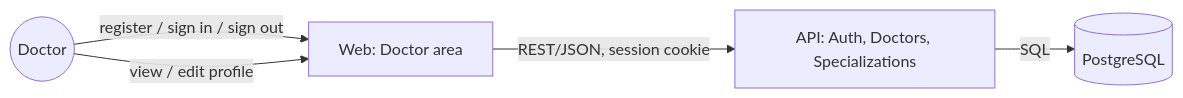
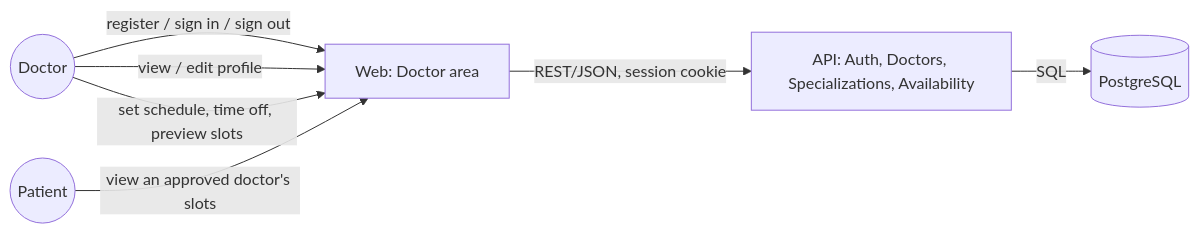
One commit to alhexjustine/telehealth changed the first of 2 diagrams in docs/modules/doctor.md. Above: the diagram before and after it, drawn with Mermaid. The commit also changed other lines of this file and 44 other files, not shown here.

First line of the commit message:
feat: add doctor schedules, time off, and slot calculation (add-doctor-availability)

````diff
--- a/docs/modules/doctor.md
+++ b/docs/modules/doctor.md
@@ -22,7 +38,9 @@
 ```mermaid
 flowchart LR
   D((Doctor)) -->|"register / sign in / sign out"| W[Web: Doctor area]
   D -->|"view / edit profile"| W
-  W -->|"REST/JSON, session cookie"| A["API: Auth, Doctors, Specializations"]
+  D -->|"set schedule, time off, preview slots"| W
+  P((Patient)) -->|"view an approved doctor's slots"| W
+  W -->|"REST/JSON, session cookie"| A["API: Auth, Doctors, Specializations, Availability"]
   A -->|"SQL"| DB[(PostgreSQL)]
 ```
````
